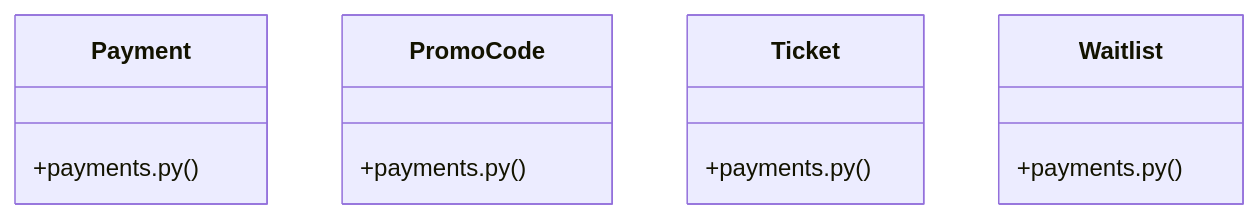
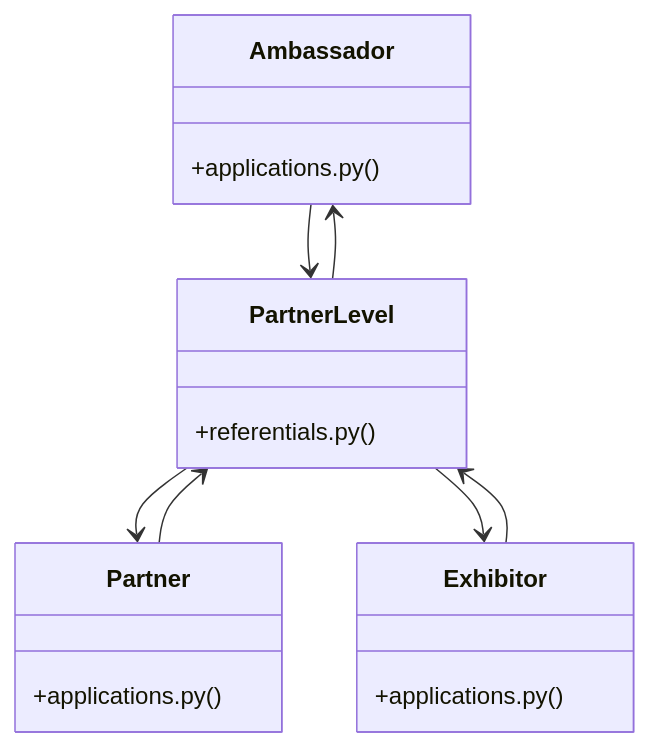
Before and after one commit to adjanayo/synca_conf_back: the diagram in graphify-out/wiki/[PromoCode_&_Payment]_Cluster.md, drawn with Mermaid. The commit also changed other lines of this file and 37 other files, not shown here.

Commit message:
chore: update graphify knowledge graph

````diff
--- a/graphify-out/wiki/[PromoCode_&_Payment]_Cluster.md
+++ b/graphify-out/wiki/[PromoCode_&_Payment]_Cluster.md
@@ -36,15 +36,21 @@
 ```mermaid
 classDiagram
-    class Payment {
-        +payments.py()
+    class Ambassador {
+        +applications.py()
     }
-    class PromoCode {
-        +payments.py()
+    class Exhibitor {
+        +applications.py()
     }
-    class Ticket {
-        +payments.py()
+    class Partner {
+        +applications.py()
     }
-    class Waitlist {
-        +payments.py()
+    class PartnerLevel {
+        +referentials.py()
     }
+    Ambassador --> PartnerLevel
+    Exhibitor --> PartnerLevel
+    Partner --> PartnerLevel
+    PartnerLevel --> Ambassador
+    PartnerLevel --> Partner
+    PartnerLevel --> Exhibitor
 ```
````
